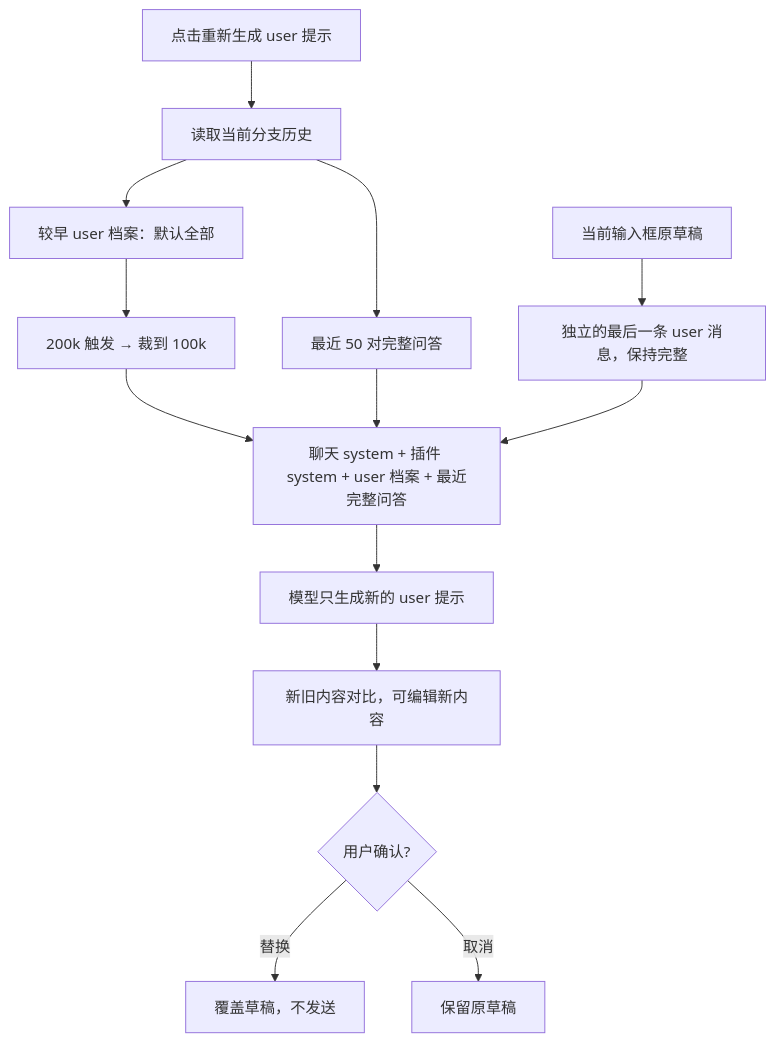
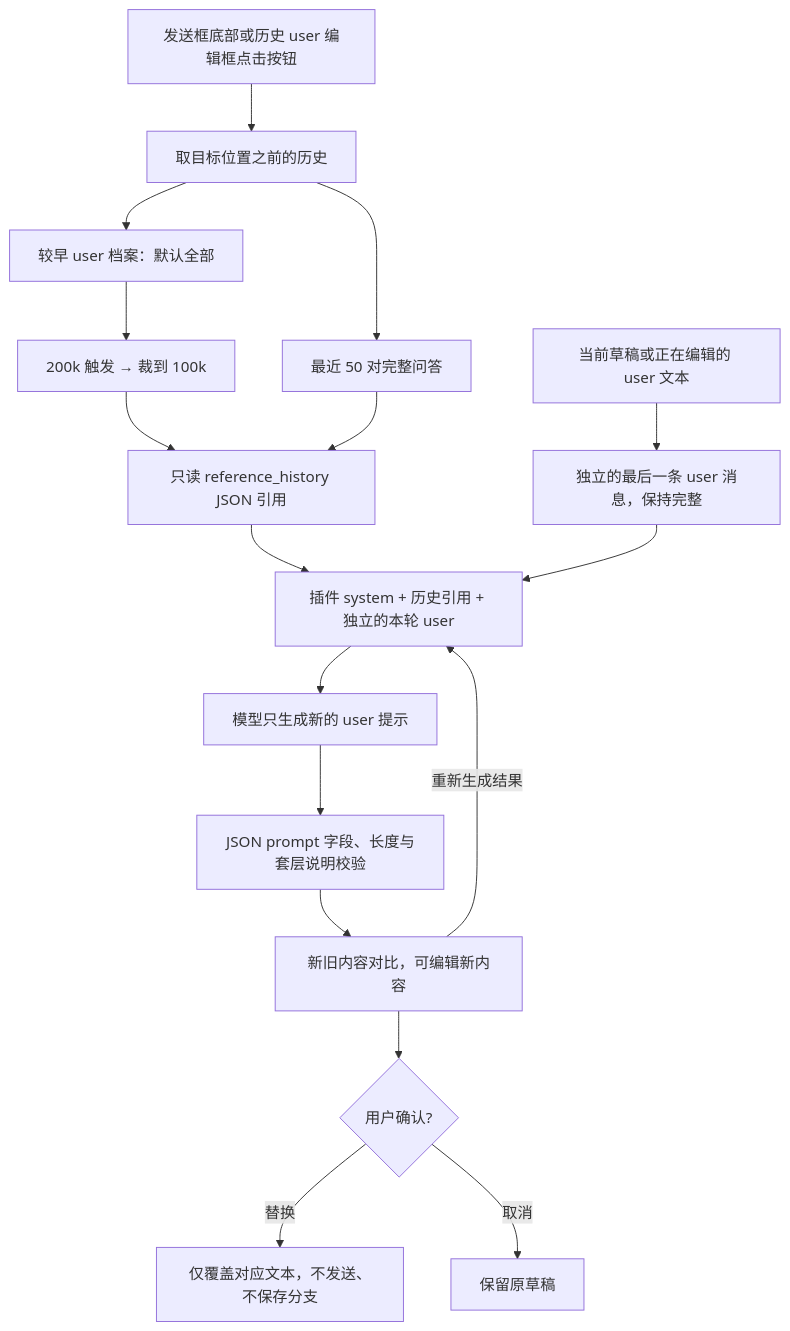
One commit to ccawmiku/workers-chat changed the sixth of 7 diagrams in docs/PLUGINS.md. Above: the diagram before and after it, drawn with Mermaid. The commit also changed other lines of this file and 19 other files, not shown here.

````diff
--- a/docs/PLUGINS.md
+++ b/docs/PLUGINS.md
@@ -207,16 +211,19 @@
 ```mermaid
 flowchart TD
-    Click[点击重新生成 user 提示] --> History[读取当前分支历史]
+    Click[发送框底部或历史 user 编辑框点击按钮] --> History[取目标位置之前的历史]
     History --> Old[较早 user 档案：默认全部]
     History --> Recent[最近 50 对完整问答]
     Old --> Water[200k 触发 → 裁到 100k]
-    Water --> Request[聊天 system + 插件 system + user 档案 + 最近完整问答]
-    Recent --> Request
-    Draft[当前输入框原草稿] --> Last[独立的最后一条 user 消息，保持完整]
+    Water --> Quote[只读 reference_history JSON 引用]
+    Recent --> Quote
+    Quote --> Request[插件 system + 历史引用 + 独立的本轮 user]
+    Draft[当前草稿或正在编辑的 user 文本] --> Last[独立的最后一条 user 消息，保持完整]
     Last --> Request
     Request --> Model[模型只生成新的 user 提示]
-    Model --> Compare[新旧内容对比，可编辑新内容]
+    Model --> Validate[JSON prompt 字段、长度与套层说明校验]
+    Validate --> Compare[新旧内容对比，可编辑新内容]
+    Compare -->|重新生成结果| Request
     Compare --> Confirm{用户确认?}
-    Confirm -->|替换| New[覆盖草稿，不发送]
+    Confirm -->|替换| New[仅覆盖对应文本，不发送、不保存分支]
     Confirm -->|取消| Keep[保留原草稿]
 ```
````
